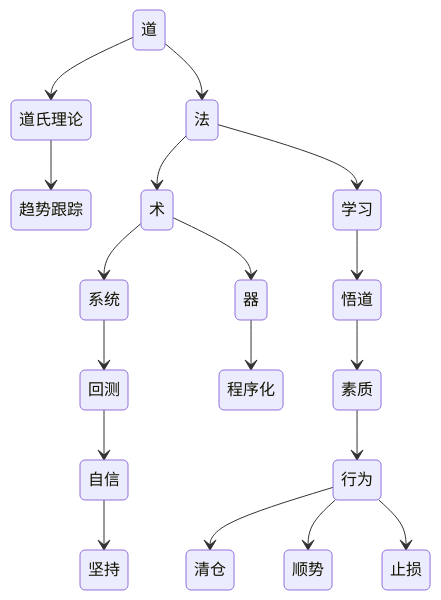
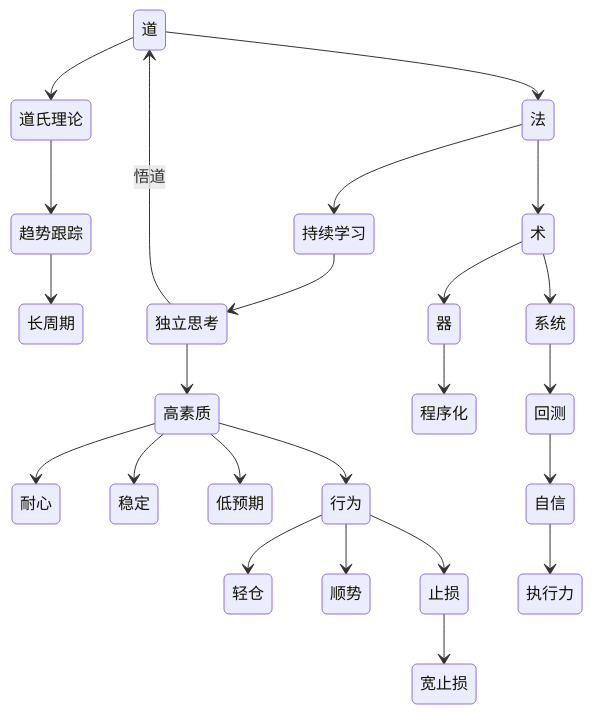
Before and after one commit to bjrobin/note: the diagram in 交易/思考.md, drawn with Mermaid. The commit also changed 13 other files, not shown here.

````diff
--- a/交易/思考.md
+++ b/交易/思考.md
@@ -4,30 +4,31 @@
 ```mermaid
 stateDiagram-v2
 
 道 --> 法
 道 --> 道氏理论
 道氏理论 --> 趋势跟踪
+趋势跟踪 --> 长周期
 法 --> 术
-法 --> 学习
-学习 --> 悟道
-悟道 --> 素质
-素质 --> 行为
+法 --> 持续学习
+持续学习 --> 独立思考
+独立思考 --> 道 : 悟道
+独立思考 --> 高素质
+高素质 --> 耐心
+高素质 --> 稳定
+高素质 --> 低预期
+高素质 --> 行为
 
 术 --> 器
 
 器 --> 程序化
 
-
-
-
-
-
-行为 --> 清仓
+行为 --> 轻仓
 行为 --> 顺势
 行为 --> 止损
+止损 --> 宽止损
 
 术 --> 系统
 系统 --> 回测
 回测 --> 自信
-自信 --> 坚持
+自信 --> 执行力
 ```
````
